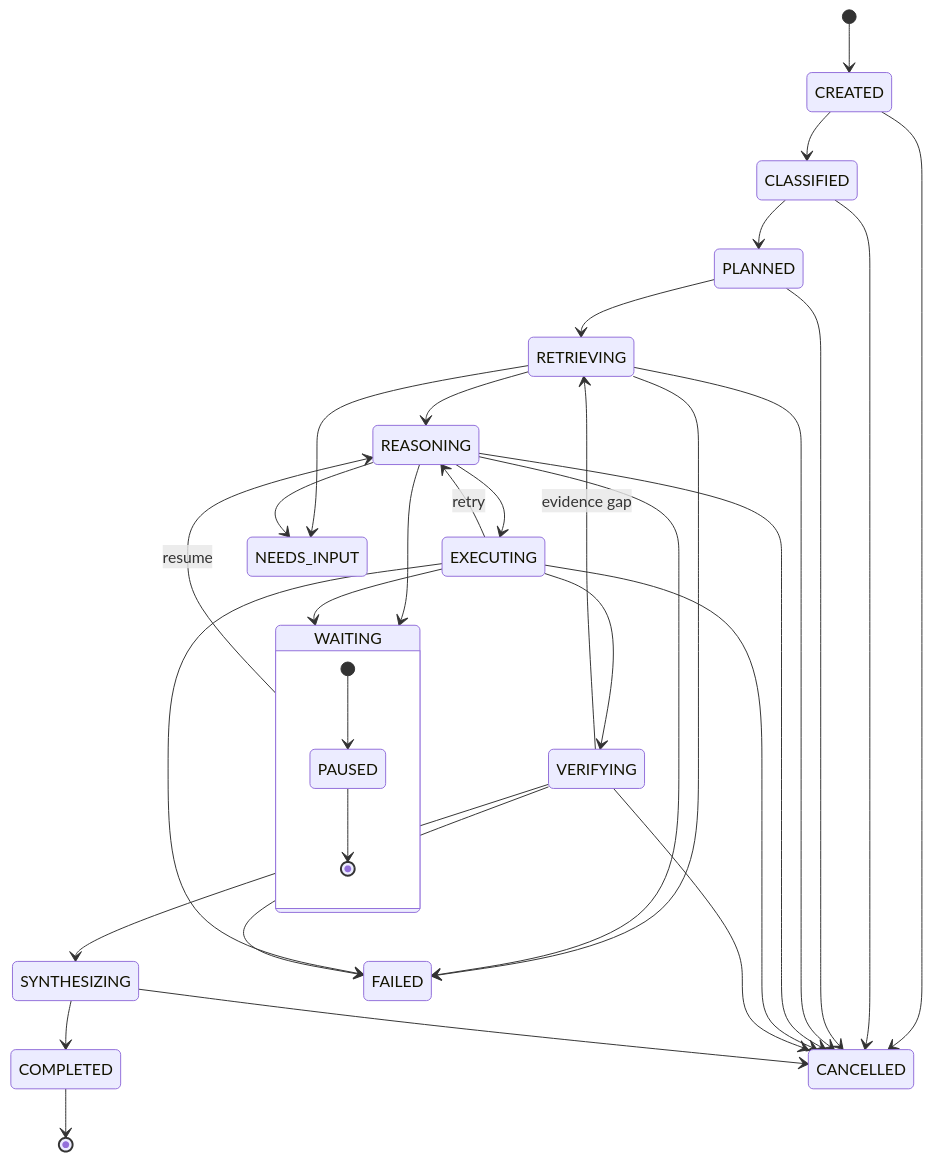
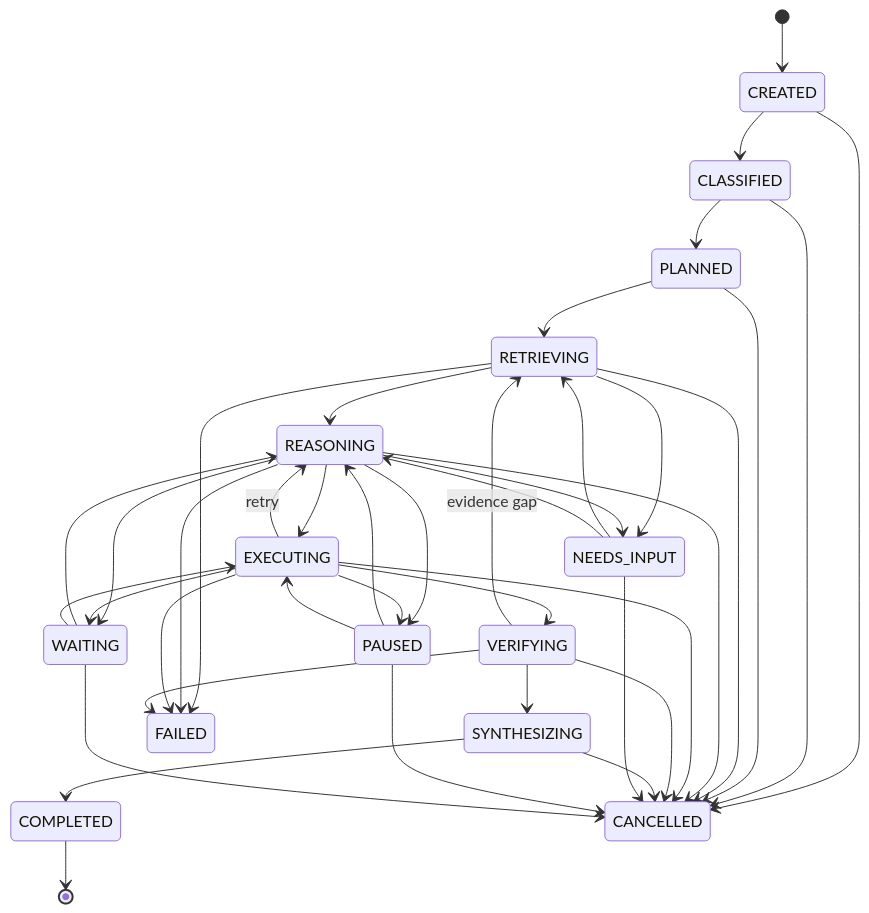
Before and after one commit to mitem743351/qwen: the diagram in docs/architecture/diagrams/task-state-machine.md, drawn with Mermaid. The commit also changed other lines of this file and 16 other files, not shown here.

````diff
--- a/docs/architecture/diagrams/task-state-machine.md
+++ b/docs/architecture/diagrams/task-state-machine.md
@@ -3,40 +3,48 @@
 ```mermaid
 stateDiagram-v2
     [*] --> CREATED
     CREATED --> CLASSIFIED
     CLASSIFIED --> PLANNED
     PLANNED --> RETRIEVING
     RETRIEVING --> REASONING
     REASONING --> EXECUTING
     EXECUTING --> VERIFYING
     VERIFYING --> SYNTHESIZING
     SYNTHESIZING --> COMPLETED
     COMPLETED --> [*]
 
+    VERIFYING --> RETRIEVING : evidence gap
+    EXECUTING --> REASONING : retry
+
     RETRIEVING --> NEEDS_INPUT
     REASONING --> NEEDS_INPUT
-    VERIFYING --> RETRIEVING : evidence gap
-    EXECUTING --> REASONING : retry
+    NEEDS_INPUT --> RETRIEVING
+    NEEDS_INPUT --> REASONING
+
+    REASONING --> PAUSED
+    EXECUTING --> PAUSED
+    PAUSED --> REASONING
+    PAUSED --> EXECUTING
+
+    REASONING --> WAITING
+    EXECUTING --> WAITING
+    WAITING --> REASONING
+    WAITING --> EXECUTING
+
+    RETRIEVING --> FAILED
+    REASONING --> FAILED
+    EXECUTING --> FAILED
+    VERIFYING --> FAILED
 
     CREATED --> CANCELLED
     CLASSIFIED --> CANCELLED
     PLANNED --> CANCELLED
     RETRIEVING --> CANCELLED
     REASONING --> CANCELLED
     EXECUTING --> CANCELLED
     VERIFYING --> CANCELLED
     SYNTHESIZING --> CANCELLED
-
-    RETRIEVING --> FAILED
-    REASONING --> FAILED
-    EXECUTING --> FAILED
-    VERIFYING --> FAILED
-
-    state WAITING {
-        [*] --> PAUSED
-        PAUSED --> [*]
-    }
-    REASONING --> WAITING
-    EXECUTING --> WAITING
-    WAITING --> REASONING : resume
+    NEEDS_INPUT --> CANCELLED
+    PAUSED --> CANCELLED
+    WAITING --> CANCELLED
 ```
````
